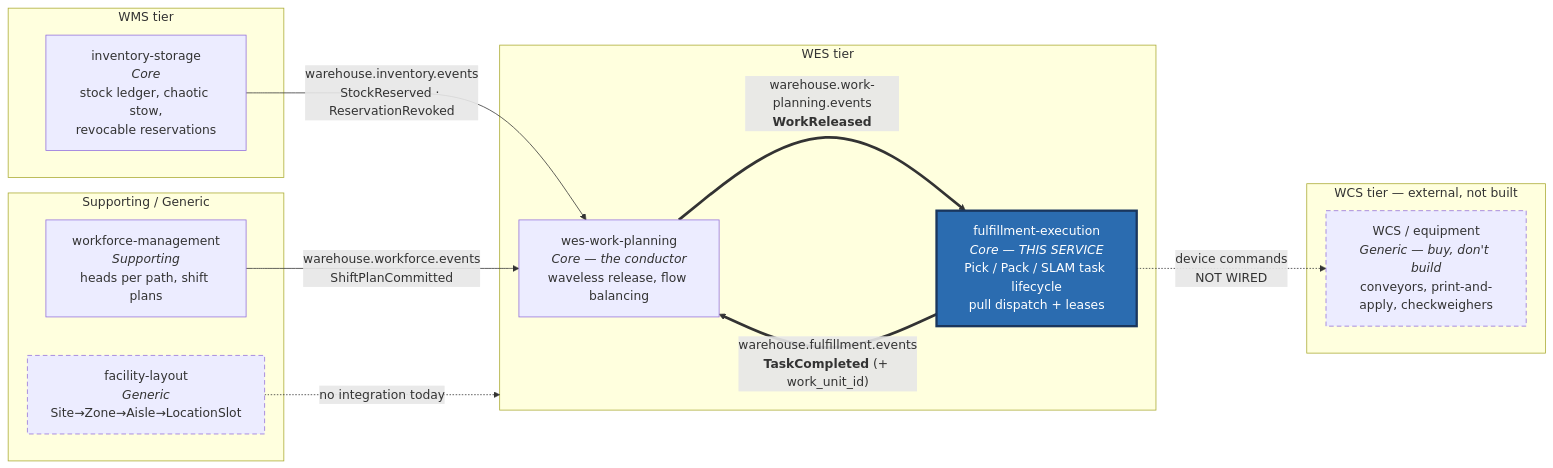
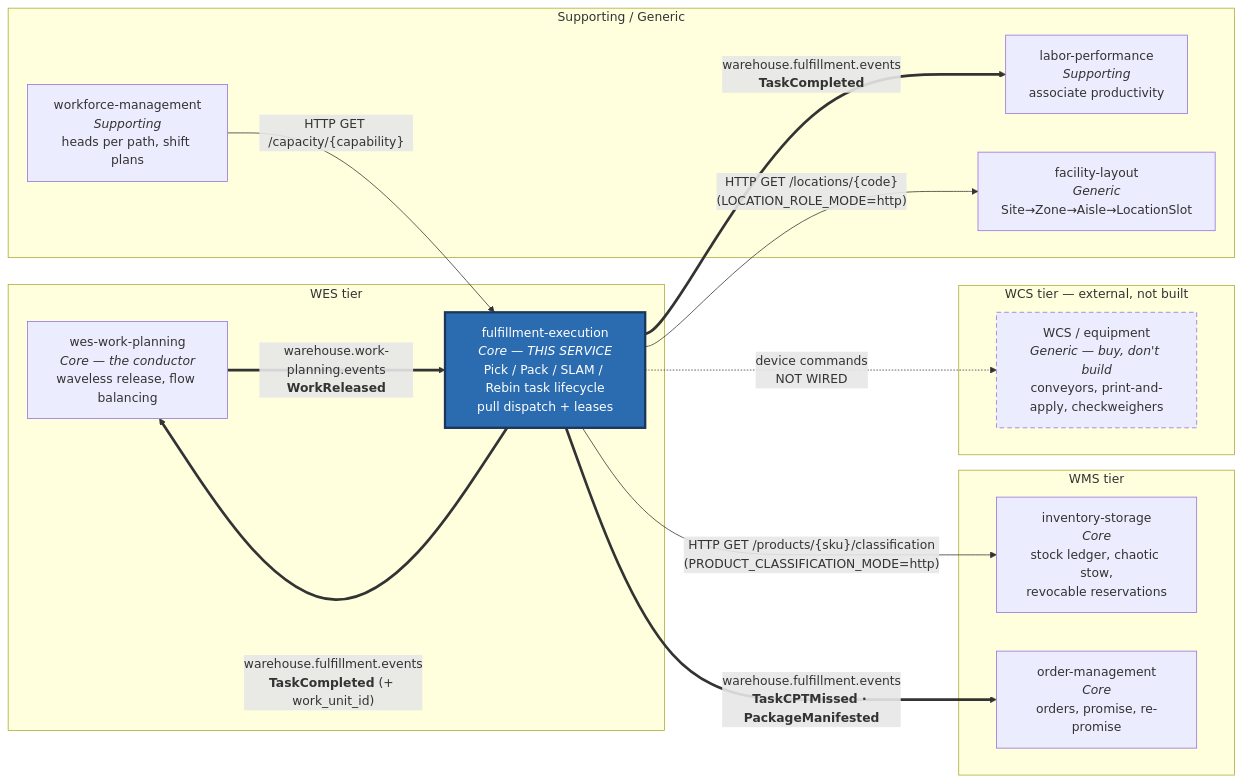
Before and after one commit to claudioed/fulfillment-execution: the first of 2 diagrams in docs/docs/ecosystem/context-map.md, drawn with Mermaid. The commit also changed other lines of this file and 24 other files, not shown here.

````diff
--- a/docs/docs/ecosystem/context-map.md
+++ b/docs/docs/ecosystem/context-map.md
@@ -18,32 +19,36 @@
 ```mermaid
 flowchart LR
     subgraph WMS["WMS tier"]
         IS["inventory-storage<br/><i>Core</i><br/>stock ledger, chaotic stow,<br/>revocable reservations"]
+        OM["order-management<br/><i>Core</i><br/>orders, promise, re-promise"]
     end
 
     subgraph WESTIER["WES tier"]
         WP["wes-work-planning<br/><i>Core — the conductor</i><br/>waveless release, flow balancing"]
-        FE["fulfillment-execution<br/><i>Core — THIS SERVICE</i><br/>Pick / Pack / SLAM task lifecycle<br/>pull dispatch + leases"]
+        FE["fulfillment-execution<br/><i>Core — THIS SERVICE</i><br/>Pick / Pack / SLAM / Rebin task lifecycle<br/>pull dispatch + leases"]
     end
 
     subgraph SUPPORT["Supporting / Generic"]
         WFM["workforce-management<br/><i>Supporting</i><br/>heads per path, shift plans"]
+        LP["labor-performance<br/><i>Supporting</i><br/>associate productivity"]
         FL["facility-layout<br/><i>Generic</i><br/>Site→Zone→Aisle→LocationSlot"]
     end
 
     subgraph WCSTIER["WCS tier — external, not built"]
         WCS["WCS / equipment<br/><i>Generic — buy, don't build</i><br/>conveyors, print-and-apply, checkweighers"]
     end
 
-    IS -->|"warehouse.inventory.events<br/>StockReserved · ReservationRevoked"| WP
-    WFM -->|"warehouse.workforce.events<br/>ShiftPlanCommitted"| WP
     WP ==>|"warehouse.work-planning.events<br/><b>WorkReleased</b>"| FE
     FE ==>|"warehouse.fulfillment.events<br/><b>TaskCompleted</b> (+ work_unit_id)"| WP
+    FE ==>|"warehouse.fulfillment.events<br/><b>TaskCompleted</b>"| LP
+    FE ==>|"warehouse.fulfillment.events<br/><b>TaskCPTMissed · PackageManifested</b>"| OM
+    WFM -->|"HTTP GET /capacity/{capability}"| FE
+    FE -->|"HTTP GET /products/{sku}/classification<br/>(PRODUCT_CLASSIFICATION_MODE=http)"| IS
+    FE -->|"HTTP GET /locations/{code}<br/>(LOCATION_ROLE_MODE=http)"| FL
     FE -.->|"device commands<br/>NOT WIRED"| WCS
-    FL -.->|"no integration today"| WESTIER
 
     classDef this fill:#2b6cb0,stroke:#1a365d,stroke-width:3px,color:#fff
     classDef notwired stroke-dasharray: 6 4
     class FE this
-    class WCS,FL notwired
+    class WCS notwired
 ```
````
